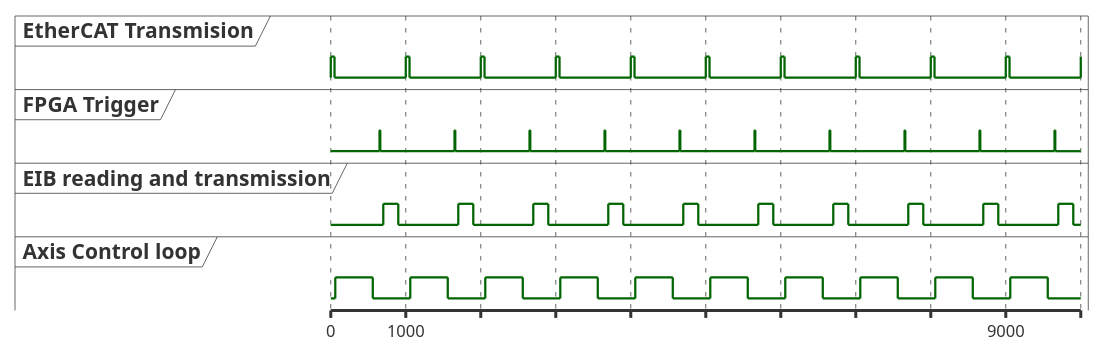
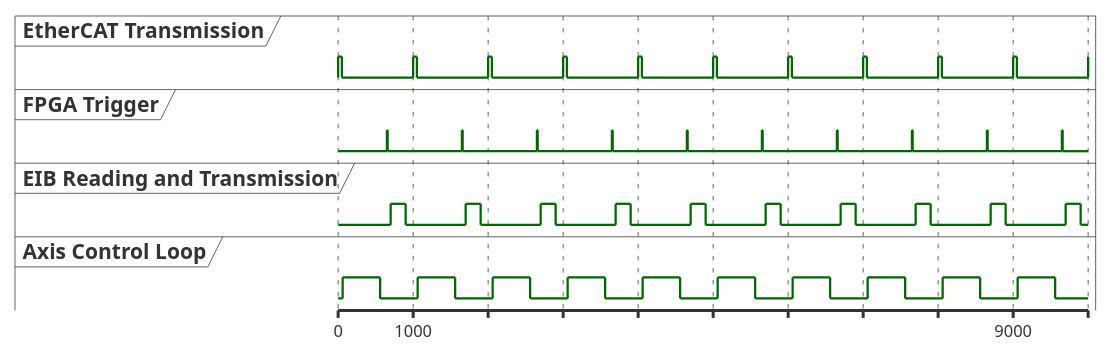
One commit to lsst-ts/ts_tma_tma-documentation_pxi-controller_documentation changed the second of 2 diagrams in 06 Subsystem EIB/00 Introduction.md. Above: the diagram before and after it, drawn with PlantUML. The commit also changed other lines of this file and 17 other files, not shown here.

````diff
--- a/06 Subsystem EIB/00 Introduction.md
+++ b/06 Subsystem EIB/00 Introduction.md
@@ -56,12 +65,12 @@
 ```plantuml
 @startuml
 
-clock "EtherCAT Transmision" as C0 with period 1000 pulse 50
+clock "EtherCAT Transmission" as C0 with period 1000 pulse 50
 clock "FPGA Trigger" as C2 with period 1000 pulse 10 offset 650
-clock "EIB reading and transmission" as C3 with period 1000 pulse 200 offset 700
-clock "Axis Control loop" as C1 with period 1000 pulse 500 offset 60
+clock "EIB Reading and Transmission" as C3 with period 1000 pulse 200 offset 700
+clock "Axis Control Loop" as C1 with period 1000 pulse 500 offset 60
 @0
 @9000
 
 @enduml
 ```
````
